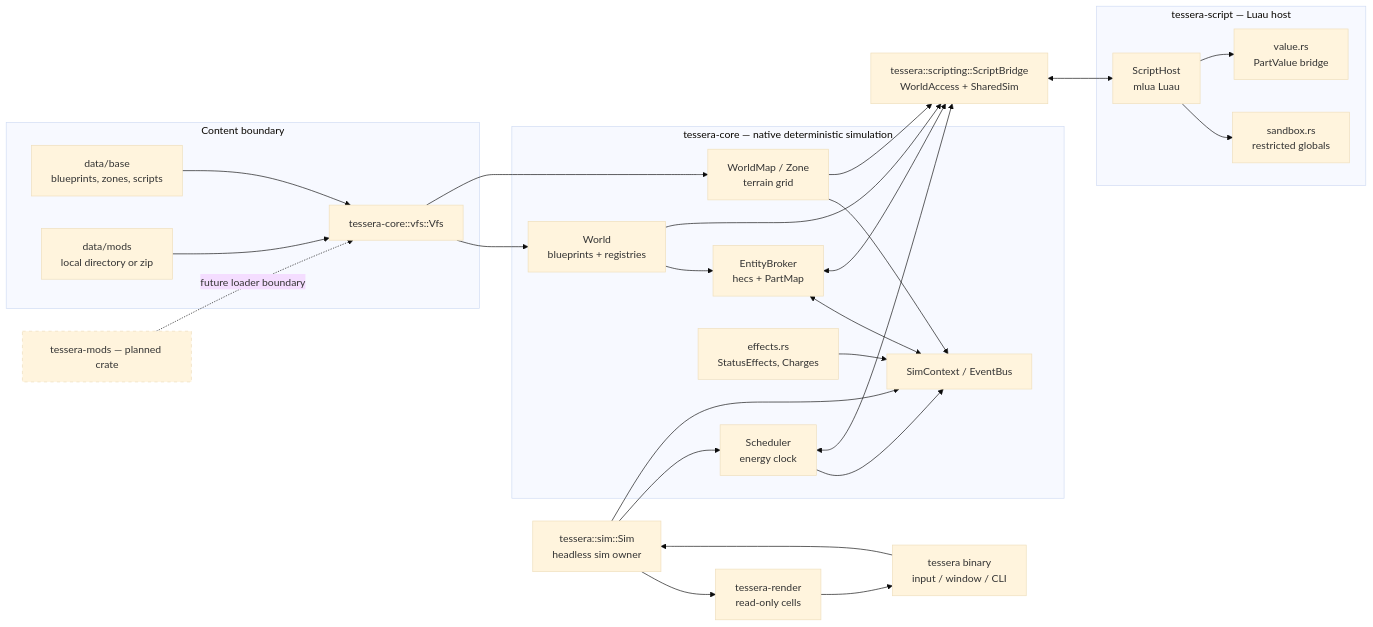
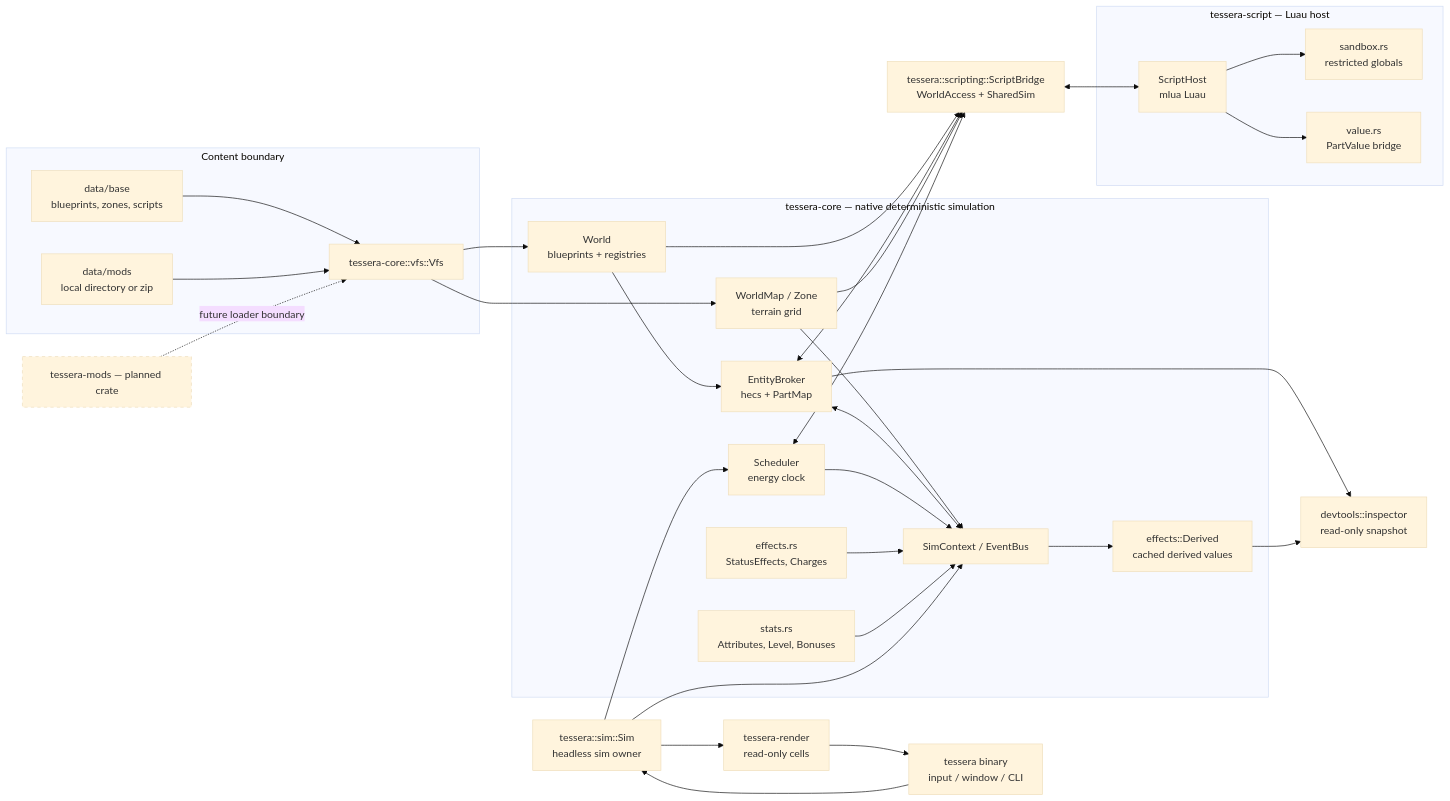
The diagram in docs/design/system.md (jffjs-hermes/tessera), drawn with Mermaid (base theme) before and after one commit. The commit also changed 8 other files, not shown here.

Commit message:
docs: close S1 and refresh design diagrams

````diff
--- a/docs/design/system.md
+++ b/docs/design/system.md
@@ -5,54 +5,61 @@
 ```mermaid
 flowchart LR
     subgraph Content[Content boundary]
         Base["data/base\nblueprints, zones, scripts"]
         Mods["data/mods\nlocal directory or zip"]
         Vfs["tessera-core::vfs::Vfs"]
         Base --> Vfs
         Mods --> Vfs
     end
 
     subgraph Core["tessera-core — native deterministic simulation"]
         World["World\nblueprints + registries"]
         Zone["WorldMap / Zone\nterrain grid"]
         Broker["EntityBroker\nhecs + PartMap"]
         Events["SimContext / EventBus"]
         Scheduler["Scheduler\nenergy clock"]
         Effects["effects.rs\nStatusEffects, Charges"]
+        Stats["stats.rs\nAttributes, Level, Bonuses"]
+        Derived["effects::Derived\ncached derived values"]
         Vfs --> World
         Vfs --> Zone
         World --> Broker
         Zone --> Events
         Broker <--> Events
         Scheduler --> Events
         Effects --> Events
+        Stats --> Events
+        Events --> Derived
     end
 
     subgraph Script["tessera-script — Luau host"]
         Host["ScriptHost\nmlua Luau"]
         Sandbox["sandbox.rs\nrestricted globals"]
         Value["value.rs\nPartValue bridge"]
         Host --> Sandbox
         Host --> Value
     end
 
     Bridge["tessera::scripting::ScriptBridge\nWorldAccess + SharedSim"]
     Sim["tessera::sim::Sim\nheadless sim owner"]
     Render["tessera-render\nread-only cells"]
+    Inspector["devtools::inspector\nread-only snapshot"]
     Binary["tessera binary\ninput / window / CLI"]
 
     World --> Bridge
     Broker <--> Bridge
     Zone --> Bridge
     Scheduler <--> Bridge
     Bridge <--> Host
     Sim --> Scheduler
     Sim --> Events
     Sim --> Render
+    Broker --> Inspector
+    Derived --> Inspector
     Render --> Binary
     Binary --> Sim
 
     classDef planned stroke-dasharray: 5 5
     PlannedMods["tessera-mods — planned crate"]:::planned
     PlannedMods -. future loader boundary .-> Vfs
 ```
````
